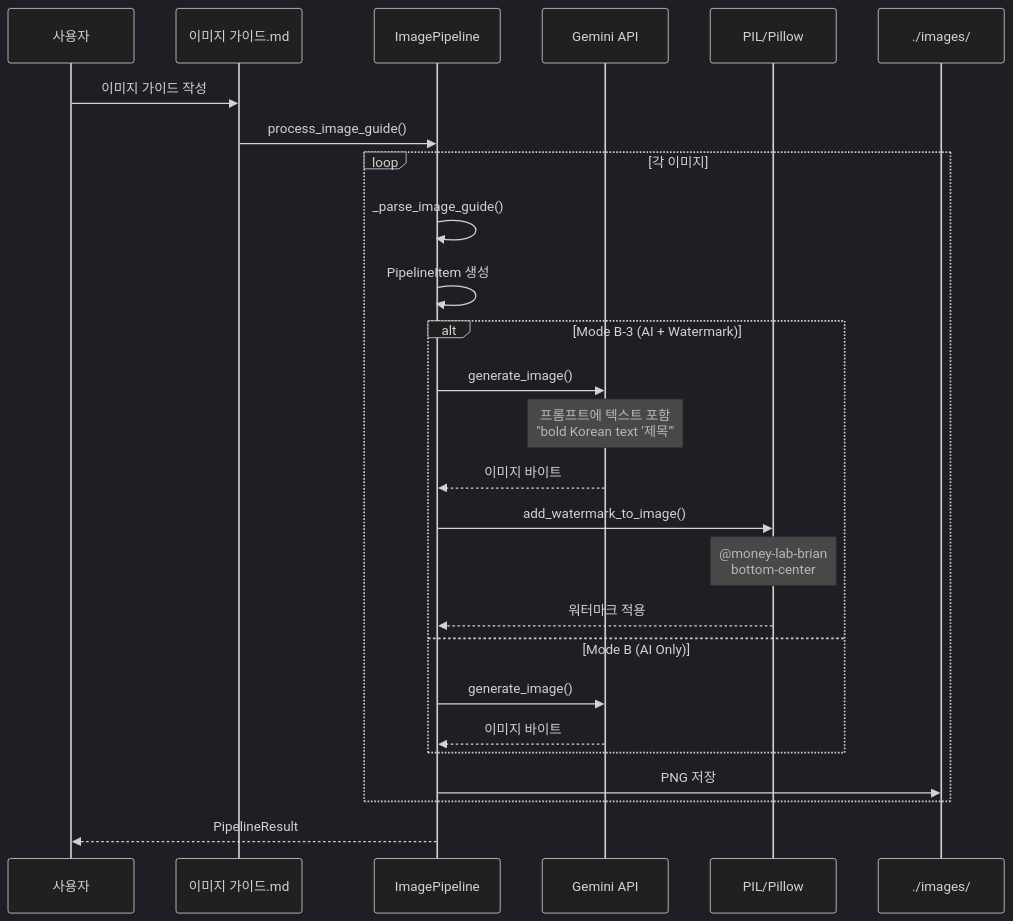
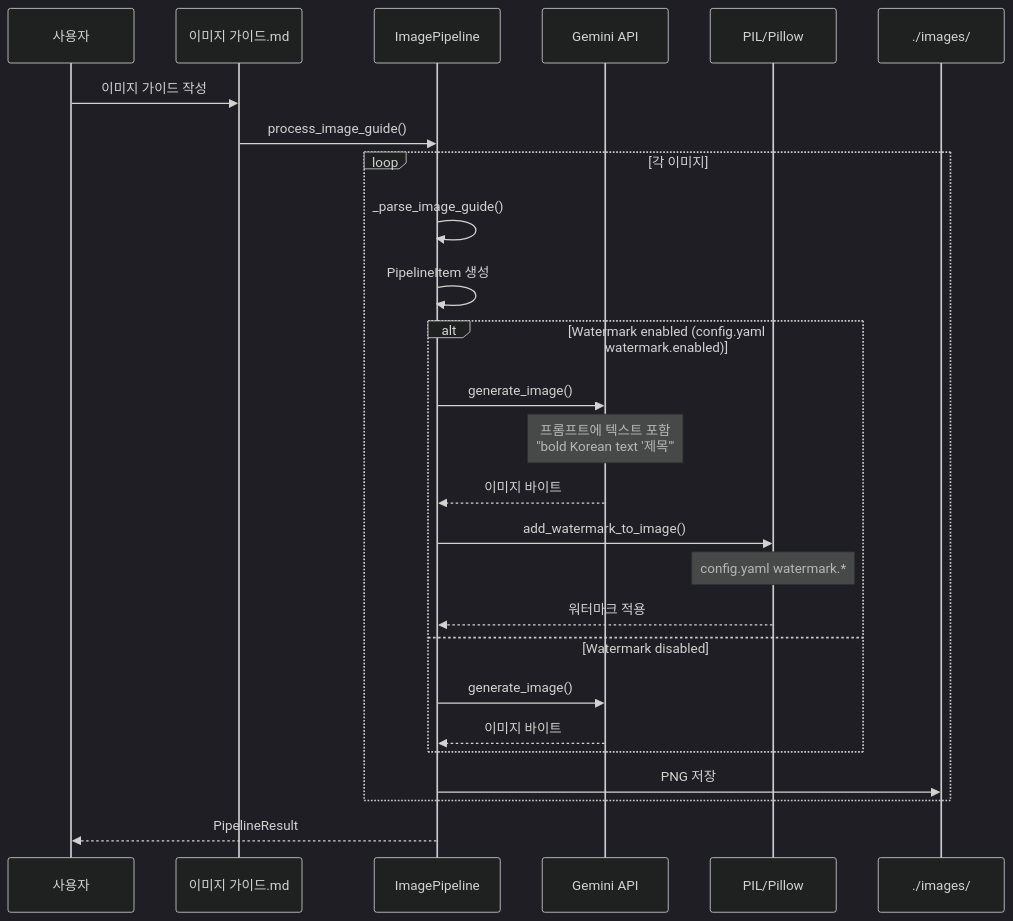
The sixth of 9 diagrams in PIPELINE-ANALYSIS.md (kim62210/naver-blog-automation-skill), drawn with Mermaid (dark theme) before and after one commit. The commit also changed other lines of this file and 24 other files, not shown here.

````diff
--- a/PIPELINE-ANALYSIS.md
+++ b/PIPELINE-ANALYSIS.md
@@ -641,33 +639,33 @@
 ```mermaid
 sequenceDiagram
     participant User as 사용자
     participant Guide as 이미지 가이드.md
     participant Pipeline as ImagePipeline
     participant Gemini as Gemini API
     participant PIL as PIL/Pillow
     participant Output as ./images/
 
     User->>Guide: 이미지 가이드 작성
     Guide->>Pipeline: process_image_guide()
 
     loop 각 이미지
         Pipeline->>Pipeline: _parse_image_guide()
         Pipeline->>Pipeline: PipelineItem 생성
 
-        alt Mode B-3 (AI + Watermark)
+        alt Watermark enabled (config.yaml watermark.enabled)
             Pipeline->>Gemini: generate_image()
             Note over Gemini: 프롬프트에 텍스트 포함<br/>"bold Korean text '제목'"
             Gemini-->>Pipeline: 이미지 바이트
             Pipeline->>PIL: add_watermark_to_image()
-            Note over PIL: @money-lab-brian<br/>bottom-center
+            Note over PIL: config.yaml watermark.*
             PIL-->>Pipeline: 워터마크 적용
-        else Mode B (AI Only)
+        else Watermark disabled
             Pipeline->>Gemini: generate_image()
             Gemini-->>Pipeline: 이미지 바이트
         end
 
         Pipeline->>Output: PNG 저장
     end
 
     Pipeline-->>User: PipelineResult
 ```
````
